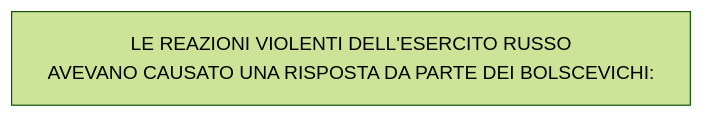
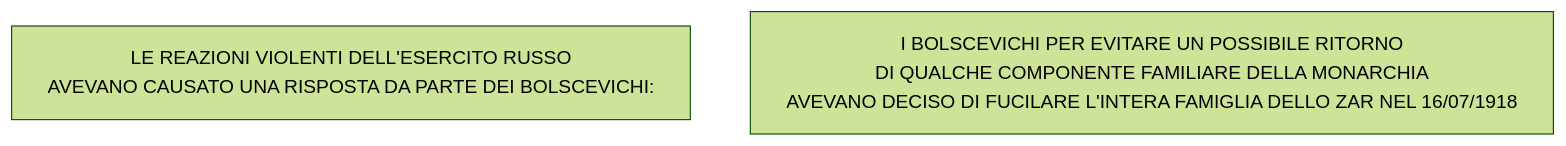
Before and after one commit to Laaouatni/ricerca-storia-MermaidJS: the seventh of 7 diagrams in stalinismoRiscrittura.md, drawn with Mermaid (forest theme).

````diff
--- a/stalinismoRiscrittura.md
+++ b/stalinismoRiscrittura.md
@@ -120,5 +120,6 @@
 ```mermaid
 %%{init: { "flowchart": { "wrappingWidth": 700 } }}%%
 flowchart TB
   0[LE REAZIONI VIOLENTI DELL'ESERCITO RUSSO <br>AVEVANO CAUSATO UNA RISPOSTA DA PARTE DEI BOLSCEVICHI:]
+  1[I BOLSCEVICHI PER EVITARE UN POSSIBILE RITORNO <BR>DI QUALCHE COMPONENTE FAMILIARE DELLA MONARCHIA <BR> AVEVANO DECISO DI FUCILARE L'INTERA FAMIGLIA DELLO ZAR NEL 16/07/1918]
 ```
````
